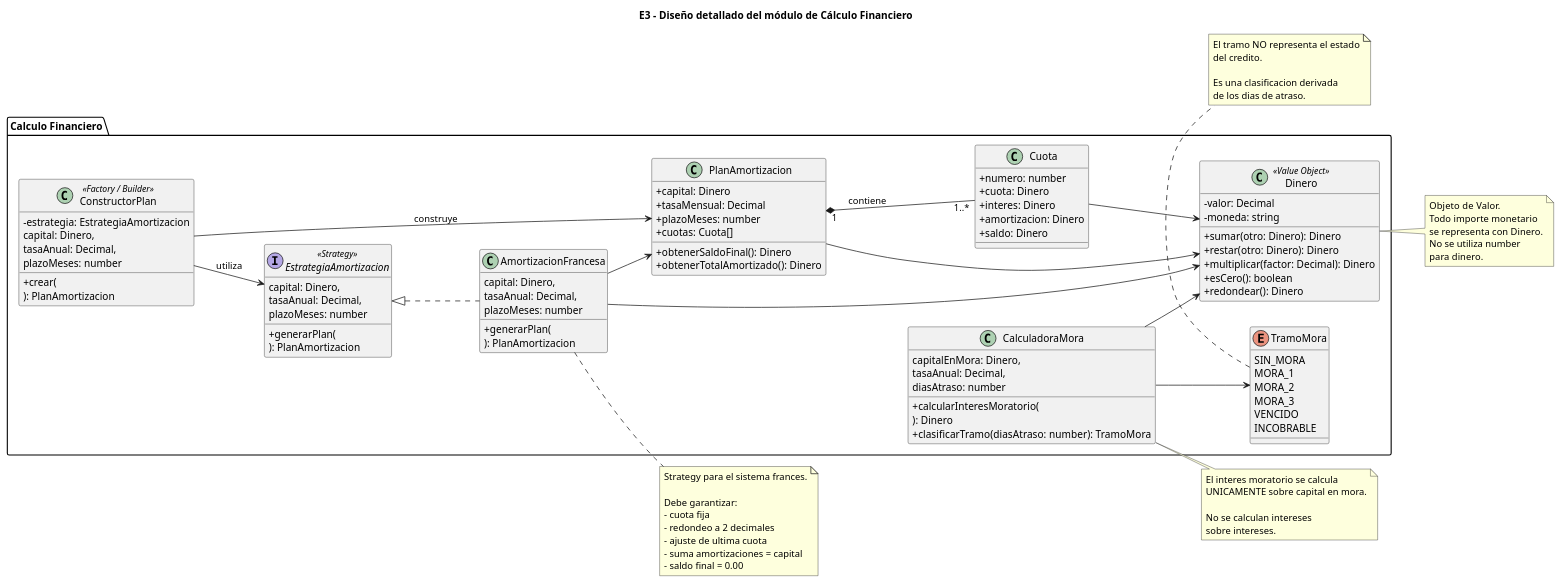
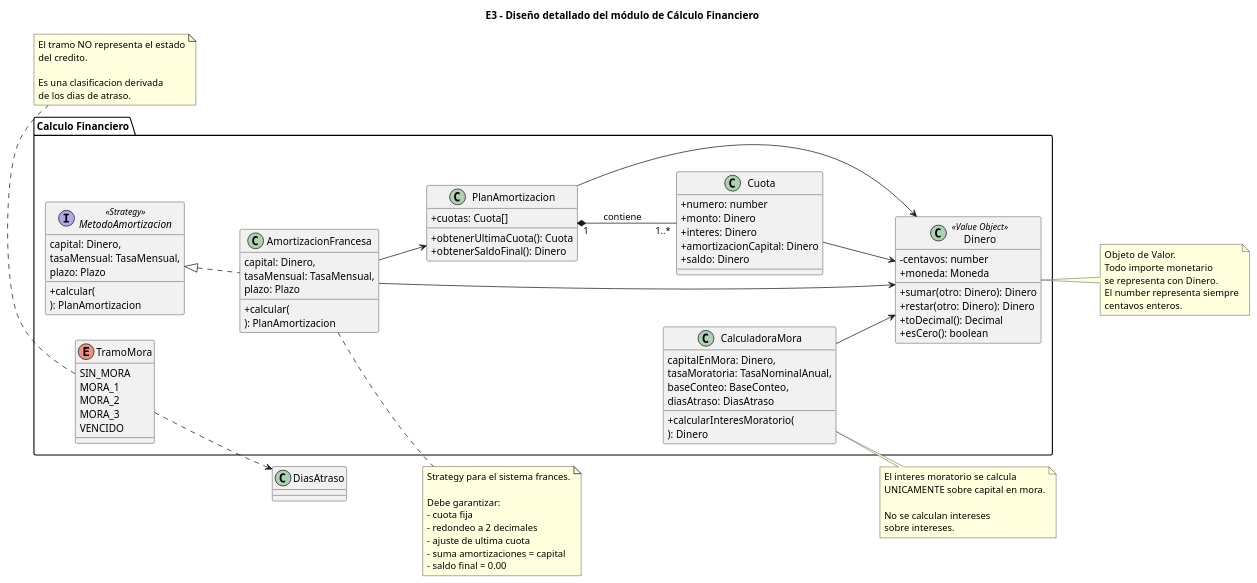
Before and after one commit to Willy4994/fintech-microcreditos-grupo01: the diagram in docs/diseno/calculo-financiero.puml, drawn with PlantUML. The commit also changed 22 other files, not shown here.

Commit message:
Se corrigieron test y UML

```diff
--- a/docs/diseno/calculo-financiero.puml
+++ b/docs/diseno/calculo-financiero.puml
@@ -1,132 +1,115 @@
 @startuml
 title E3 - Diseño detallado del módulo de Cálculo Financiero
 
 skinparam shadowing false
 skinparam classAttributeIconSize 0
 left to right direction
 
 package "Calculo Financiero" {
 
     class Dinero <<Value Object>> {
-        - valor: Decimal
-        - moneda: string
+        - centavos: number
+        + moneda: Moneda
         + sumar(otro: Dinero): Dinero
         + restar(otro: Dinero): Dinero
-        + multiplicar(factor: Decimal): Dinero
+        + toDecimal(): Decimal
         + esCero(): boolean
-        + redondear(): Dinero
     }
 
     class Cuota {
         + numero: number
-        + cuota: Dinero
+        + monto: Dinero
         + interes: Dinero
-        + amortizacion: Dinero
+        + amortizacionCapital: Dinero
         + saldo: Dinero
     }
 
     class PlanAmortizacion {
-        + capital: Dinero
-        + tasaMensual: Decimal
-        + plazoMeses: number
         + cuotas: Cuota[]
+        + obtenerUltimaCuota(): Cuota
         + obtenerSaldoFinal(): Dinero
-        + obtenerTotalAmortizado(): Dinero
     }
 
-    interface EstrategiaAmortizacion <<Strategy>> {
-        + generarPlan(
+    interface MetodoAmortizacion <<Strategy>> {
+        + calcular(
             capital: Dinero,
-            tasaAnual: Decimal,
-            plazoMeses: number
+            tasaMensual: TasaMensual,
+            plazo: Plazo
           ): PlanAmortizacion
     }
 
     class AmortizacionFrancesa {
-        + generarPlan(
+        + calcular(
             capital: Dinero,
-            tasaAnual: Decimal,
-            plazoMeses: number
+            tasaMensual: TasaMensual,
+            plazo: Plazo
           ): PlanAmortizacion
     }
 
     class CalculadoraMora {
         + calcularInteresMoratorio(
             capitalEnMora: Dinero,
-            tasaAnual: Decimal,
-            diasAtraso: number
+            tasaMoratoria: TasaNominalAnual,
+            baseConteo: BaseConteo,
+            diasAtraso: DiasAtraso
           ): Dinero
-        + clasificarTramo(diasAtraso: number): TramoMora
     }
 
     enum TramoMora {
         SIN_MORA
         MORA_1
         MORA_2
         MORA_3
         VENCIDO
-        INCOBRABLE
-    }
-
-    class ConstructorPlan <<Factory / Builder>> {
-        - estrategia: EstrategiaAmortizacion
-        + crear(
-            capital: Dinero,
-            tasaAnual: Decimal,
-            plazoMeses: number
-          ): PlanAmortizacion
     }
 }
 
-EstrategiaAmortizacion <|.. AmortizacionFrancesa
-
-ConstructorPlan --> EstrategiaAmortizacion : utiliza
-ConstructorPlan --> PlanAmortizacion : construye
+MetodoAmortizacion <|.. AmortizacionFrancesa
 
 PlanAmortizacion "1" *-- "1..*" Cuota : contiene
 
 PlanAmortizacion --> Dinero
 Cuota --> Dinero
 
 AmortizacionFrancesa --> Dinero
 AmortizacionFrancesa --> PlanAmortizacion
 
 CalculadoraMora --> Dinero
-CalculadoraMora --> TramoMora
+TramoMora ..> DiasAtraso
 
 note right of Dinero
 Objeto de Valor.
 Todo importe monetario
 se representa con Dinero.
-No se utiliza number
-para dinero.
+El number representa siempre
+centavos enteros.
 end note
 
 note right of AmortizacionFrancesa
 Strategy para el sistema frances.
 
 Debe garantizar:
 - cuota fija
 - redondeo a 2 decimales
 - ajuste de ultima cuota
 - suma amortizaciones = capital
 - saldo final = 0.00
 end note
 
 note right of CalculadoraMora
 El interes moratorio se calcula
 UNICAMENTE sobre capital en mora.
 
 No se calculan intereses
 sobre intereses.
 end note
 
 note bottom of TramoMora
 El tramo NO representa el estado
 del credito.
 
 Es una clasificacion derivada
 de los dias de atraso.
 end note
 
 @enduml
```
